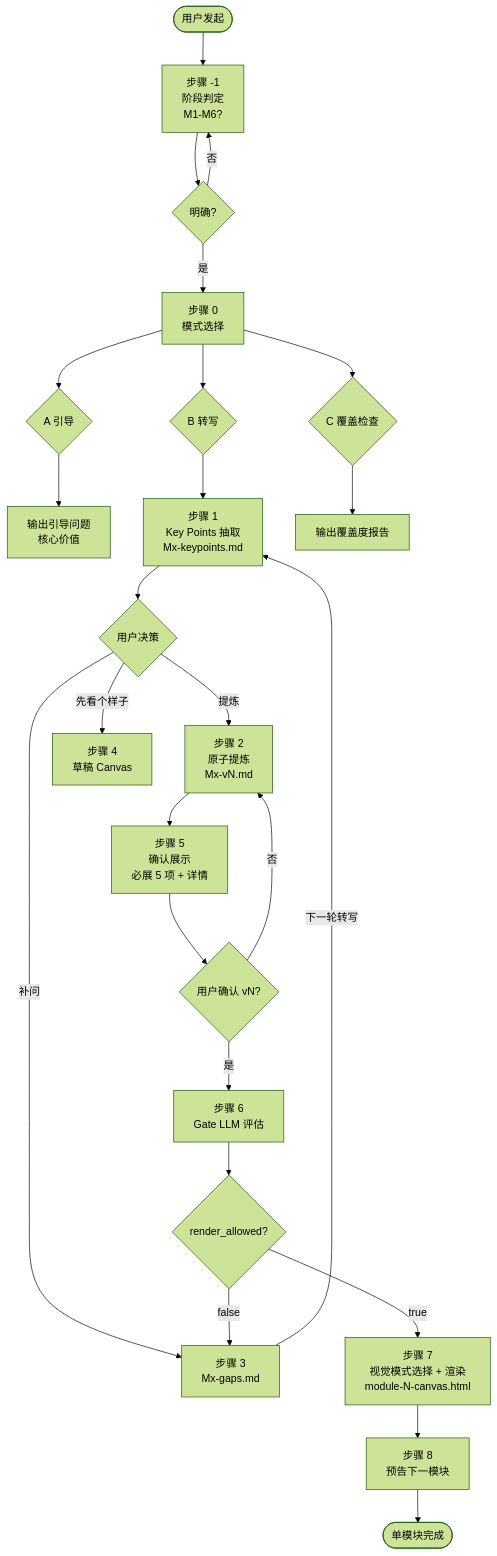
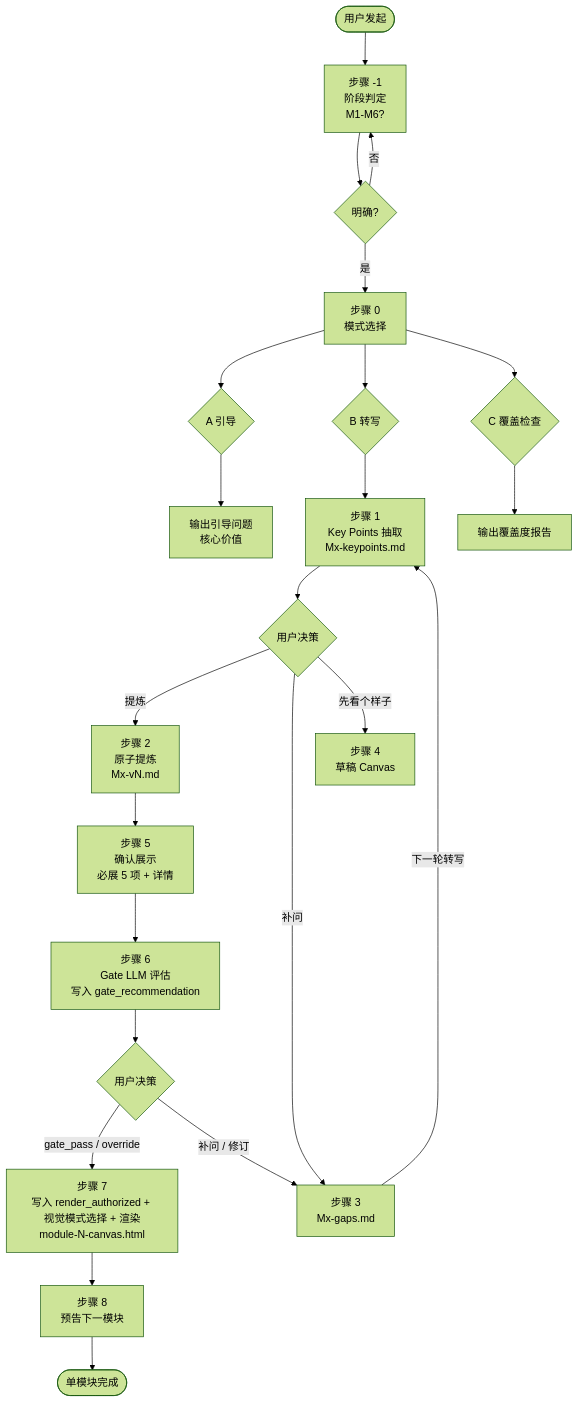
Before and after one commit to wanghongbj321-code/pratyaya: the fifth of 9 diagrams in docs/MVL-整体架构设计.md, drawn with Mermaid (forest theme). The commit also changed other lines of this file and 7 other files, not shown here.

````diff
--- a/docs/MVL-整体架构设计.md
+++ b/docs/MVL-整体架构设计.md
@@ -297,27 +296,25 @@
 ```mermaid
 flowchart TB
     Start([用户发起]) --> S0["步骤 -1<br/>阶段判定<br/>M1-M6?"]
     S0 --> S0A{明确?}
     S0A -->|否| S0
     S0A -->|是| S1["步骤 0<br/>模式选择"]
     S1 --> S1A{A 引导}
     S1 --> S1B{B 转写}
     S1 --> S1C{C 覆盖检查}
     S1A --> S1A1[输出引导问题<br/>核心价值]
     S1B --> S2["步骤 1<br/>Key Points 抽取<br/>Mx-keypoints.md"]
     S1C --> S1C1[输出覆盖度报告]
     S2 --> S3{用户决策}
     S3 -->|提炼| S4["步骤 2<br/>原子提炼<br/>Mx-vN.md"]
     S3 -->|补问| S5["步骤 3<br/>Mx-gaps.md"]
     S3 -->|先看个样子| S6["步骤 4<br/>草稿 Canvas"]
     S5 -->|下一轮转写| S2
     S4 --> S7["步骤 5<br/>确认展示<br/>必展 5 项 + 详情"]
-    S7 --> S8{用户确认 vN?}
-    S8 -->|否| S4
-    S8 -->|是| S9["步骤 6<br/>Gate LLM 评估"]
-    S9 --> S9A{render_allowed?}
-    S9A -->|false| S5
-    S9A -->|true| S10["步骤 7<br/>视觉模式选择 + 渲染<br/>module-N-canvas.html"]
+    S7 --> S9["步骤 6<br/>Gate LLM 评估<br/>写入 gate_recommendation"]
+    S9 --> S9A{用户决策}
+    S9A -->|gate_pass / override| S10["步骤 7<br/>写入 render_authorized + 视觉模式选择 + 渲染<br/>module-N-canvas.html"]
+    S9A -->|补问 / 修订| S5
     S10 --> S11["步骤 8<br/>预告下一模块"]
     S11 --> End([单模块完成])
 ```
````
